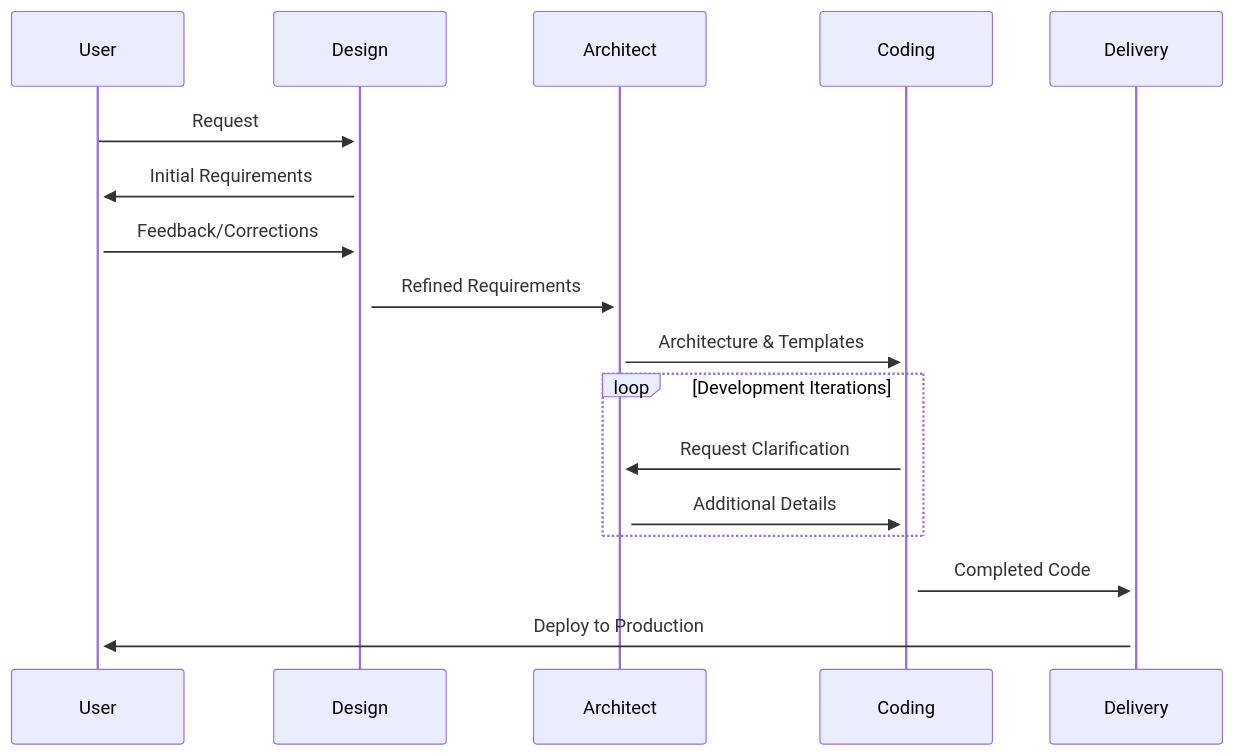
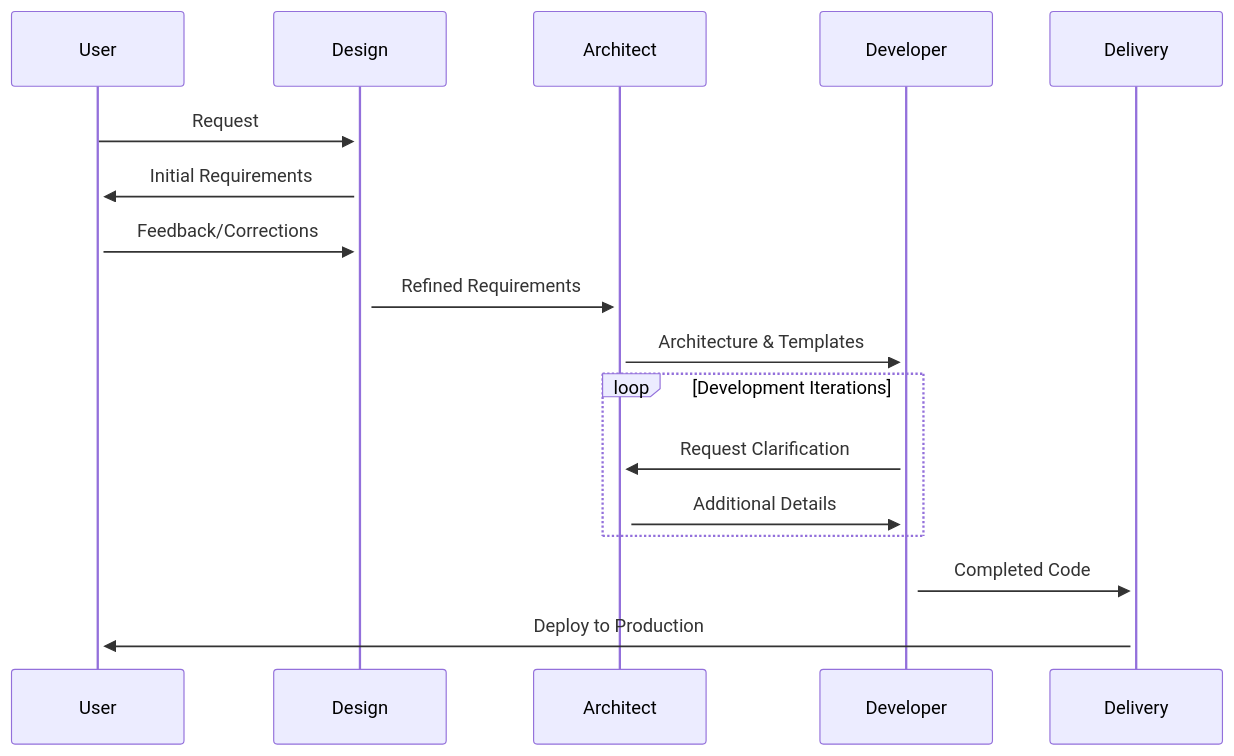
The second of 3 diagrams in README.md (Significant-Gravitas/AutoGPT-Code-Ability), drawn with Mermaid before and after one commit. The commit also changed other lines of this file and 3 other files, not shown here.

Commit message:
renamed coding to developer

````diff
--- a/README.md
+++ b/README.md
@@ -89,20 +89,20 @@
 ```mermaid
 sequenceDiagram
     participant User
     participant Design
     participant Architect
-    participant Coding
+    participant Developer
     participant Delivery
 
     User->>+Design: Request
     Design->>+User: Initial Requirements
     User->>+Design: Feedback/Corrections
     Design->>+Architect: Refined Requirements
-    Architect->>+Coding: Architecture & Templates
+    Architect->>+Developer: Architecture & Templates
     loop Development Iterations
-        Coding->>+Architect: Request Clarification
-        Architect->>+Coding: Additional Details
+        Developer->>+Architect: Request Clarification
+        Architect->>+Developer: Additional Details
     end
-    Coding->>+Delivery: Completed Code
+    Developer->>+Delivery: Completed Code
     Delivery->>+User: Deploy to Production
 ```
````
